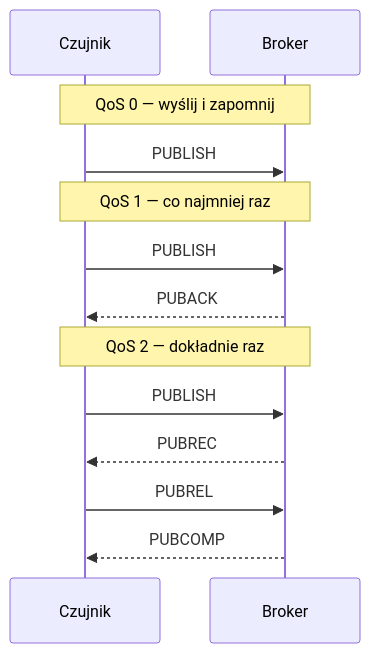
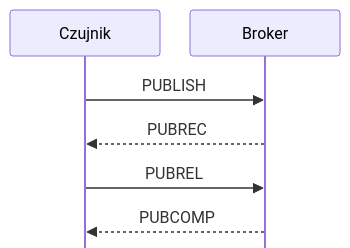
Before and after one commit to moondec/iot_lectures: the fourth of 5 diagrams in slides/04-mqtt-i-kontrakt-danych.qmd, drawn with Mermaid. The commit also changed other lines of this file and 17 other files, not shown here.

First line of the commit message:
Make Mermaid diagrams legible and stop label clipping

````diff
--- a/slides/04-mqtt-i-kontrakt-danych.qmd
+++ b/slides/04-mqtt-i-kontrakt-danych.qmd
@@ -237,18 +270,12 @@
 ```{mermaid}
-%%| fig-width: 10
-%%| fig-height: 4.4
-%%{init: {"themeVariables": {"fontSize": "24px"}}}%%
+%%| fig-width: 4.6
+%%| fig-height: 4.2
+%%{init: {"sequence": {"mirrorActors": false, "actorMargin": 30, "width": 150, "height": 46, "boxMargin": 6, "noteMargin": 6, "messageMargin": 22, "diagramMarginX": 10, "diagramMarginY": 6}}}%%
 sequenceDiagram
     participant C as Czujnik
     participant B as Broker
-    Note over C,B: QoS 0 — wyślij i zapomnij
-    C->>B: PUBLISH
-    Note over C,B: QoS 1 — co najmniej raz
-    C->>B: PUBLISH
-    B-->>C: PUBACK
-    Note over C,B: QoS 2 — dokładnie raz
     C->>B: PUBLISH
     B-->>C: PUBREC
     C->>B: PUBREL
     B-->>C: PUBCOMP
 ```
````
